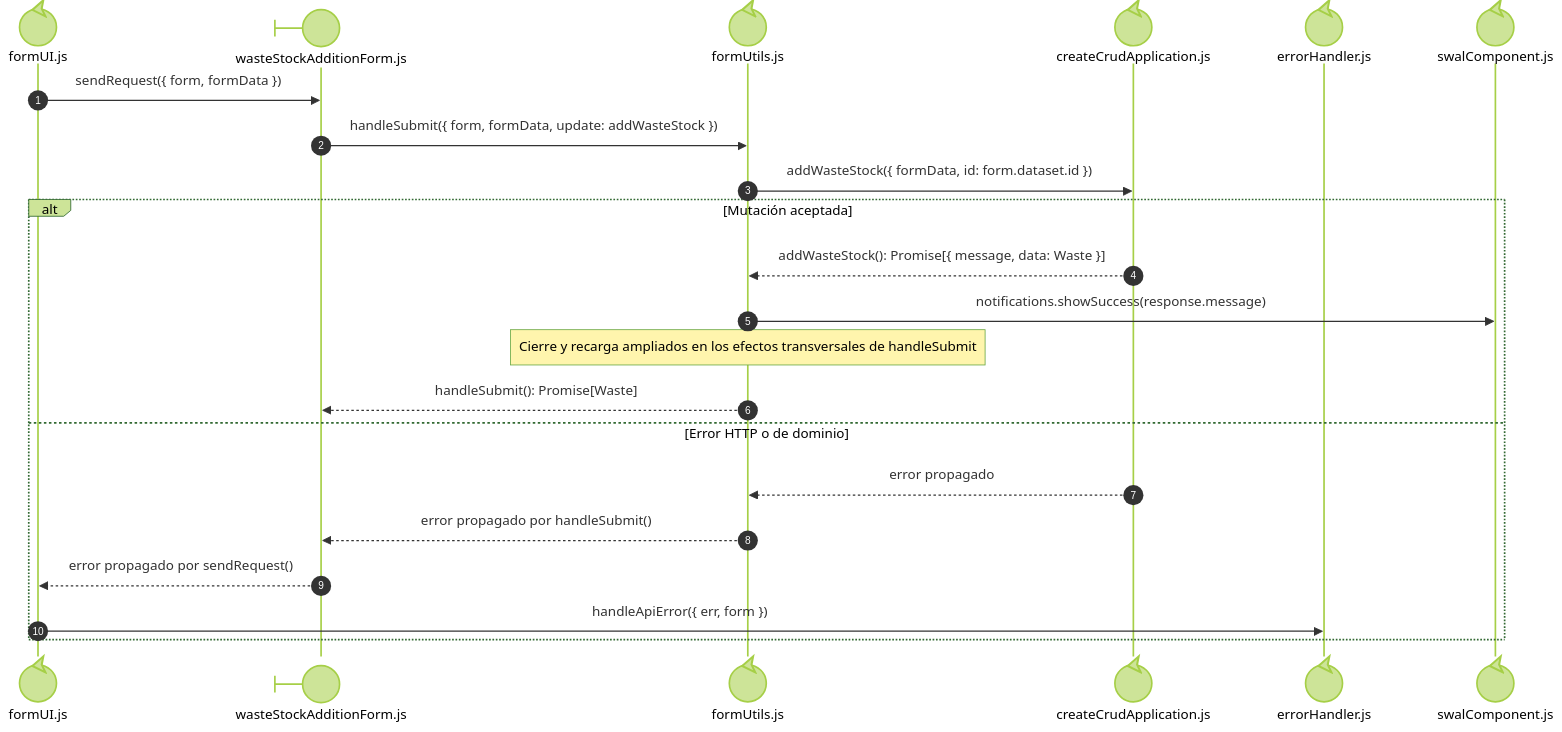
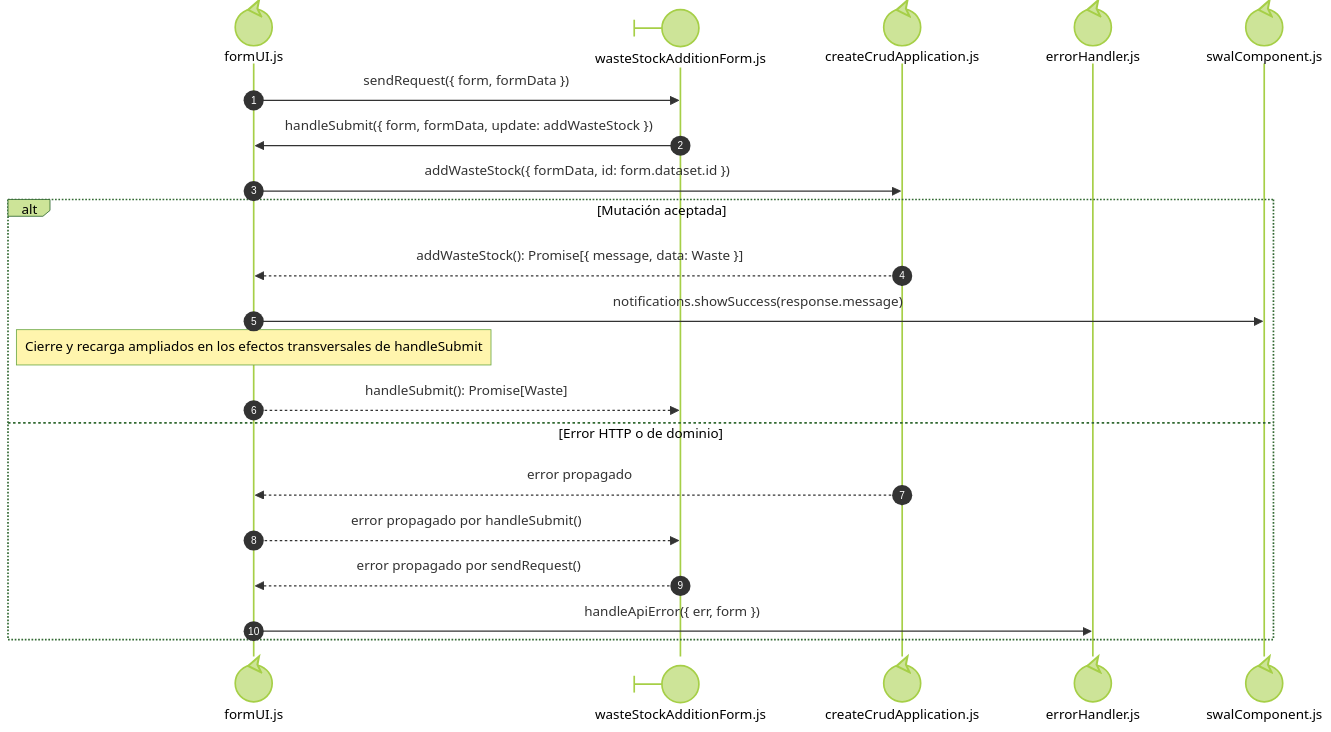
The third of 4 diagrams in docs/architecture/views/processes/frontend-code-sequences/catalogs/cu-alm-13.md (gpgsistemas01/nexus), drawn with Mermaid (forest theme) before and after one commit. The commit also changed other lines of this file and 200 other files, not shown here.

````diff
--- a/docs/architecture/views/processes/frontend-code-sequences/catalogs/cu-alm-13.md
+++ b/docs/architecture/views/processes/frontend-code-sequences/catalogs/cu-alm-13.md
@@ -166,26 +166,25 @@
 ```mermaid
 sequenceDiagram
     autonumber
     participant FormCore@{ "type": "control" } as formUI.js
     participant Form@{ "type": "boundary" } as wasteStockAdditionForm.js
-    participant FormUtils@{ "type": "control" } as formUtils.js
     participant Application@{ "type": "control" } as createCrudApplication.js
     participant FileErrorHandler@{ "type": "control" } as errorHandler.js
 
     participant FileSwalComponent@{ "type": "control" } as swalComponent.js
 
     FormCore->>Form: sendRequest({ form, formData })
-    Form->>FormUtils: handleSubmit({ form, formData, update: addWasteStock })
-    FormUtils->>Application: addWasteStock({ formData, id: form.dataset.id })
+    Form->>FormCore: handleSubmit({ form, formData, update: addWasteStock })
+    FormCore->>Application: addWasteStock({ formData, id: form.dataset.id })
     alt Mutación aceptada
-        Application-->>FormUtils: addWasteStock(): Promise[{ message, data: Waste }]
-        FormUtils->>FileSwalComponent: notifications.showSuccess(response.message)
-        Note over FormUtils: Cierre y recarga ampliados en los efectos transversales de handleSubmit
-        FormUtils-->>Form: handleSubmit(): Promise[Waste]
+        Application-->>FormCore: addWasteStock(): Promise[{ message, data: Waste }]
+        FormCore->>FileSwalComponent: notifications.showSuccess(response.message)
+        Note over FormCore: Cierre y recarga ampliados en los efectos transversales de handleSubmit
+        FormCore-->>Form: handleSubmit(): Promise[Waste]
     else Error HTTP o de dominio
-        Application-->>FormUtils: error propagado
-        FormUtils-->>Form: error propagado por handleSubmit()
+        Application-->>FormCore: error propagado
+        FormCore-->>Form: error propagado por handleSubmit()
         Form-->>FormCore: error propagado por sendRequest()
         FormCore->>FileErrorHandler: handleApiError({ err, form })
     end
 ```
````
